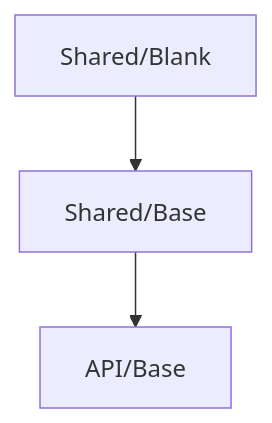
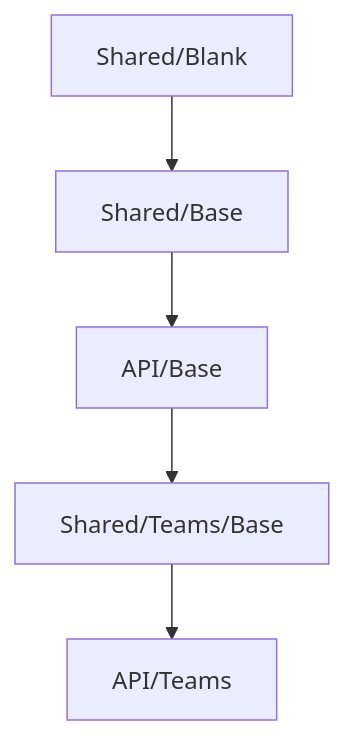
One commit to laravel/maestro changed the first of 3 diagrams in README.md. Above: the diagram before and after it, drawn with Mermaid. The commit also changed other lines of this file, not shown here.

Commit message:
Document the API Teams variant in the README

````diff
--- a/README.md
+++ b/README.md
@@ -183,5 +185,7 @@
 ```mermaid
 flowchart TD
     A[Shared/Blank] --> B[Shared/Base]
     B --> C[API/Base]
+    C --> TB[Shared/Teams/Base]
+    TB --> ATB[API/Teams]
 ```
````
